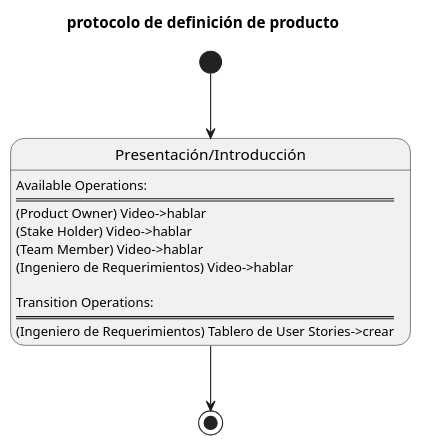
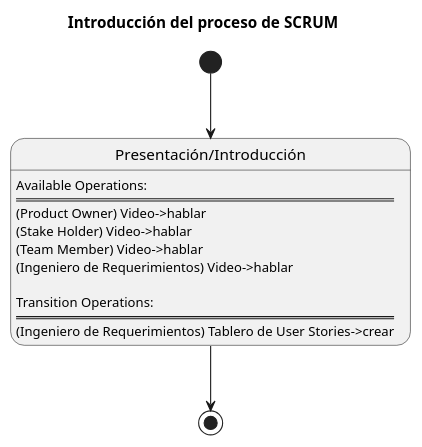
One commit to pablodanielrey/colaborativos changed the second of 2 diagrams in entrega1/actividades/introduction/introduction.plantuml. Above: the diagram before and after it, drawn with PlantUML. The commit also changed other lines of this file and 2 other files, not shown here.

```diff
--- a/entrega1/actividades/introduction/introduction.plantuml
+++ b/entrega1/actividades/introduction/introduction.plantuml
@@ -87,20 +87,20 @@
-@startuml
-title protocolo de definición de producto
+@startuml protocolo
+title Introducción del proceso de SCRUM
 
 state "Presentación/Introducción" as presentation
 presentation: Available Operations:
 presentation: ==================================================
 presentation: (Product Owner) Video->hablar
 presentation: (Stake Holder) Video->hablar
 presentation: (Team Member) Video->hablar
 presentation: (Ingeniero de Requerimientos) Video->hablar
 presentation: 
 presentation: Transition Operations:
 presentation: ==================================================
 presentation: (Ingeniero de Requerimientos) Tablero de User Stories->crear
 
 
 [*] --> presentation
 presentation --> [*]
 
 @enduml
```
